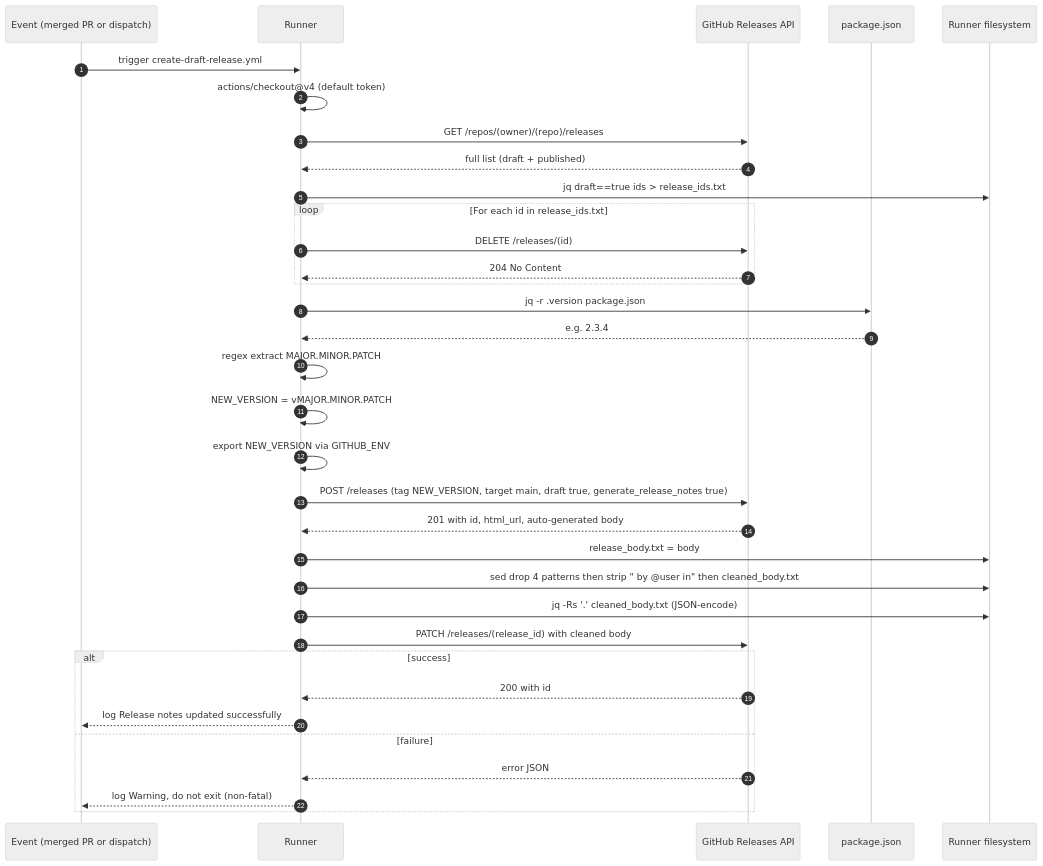
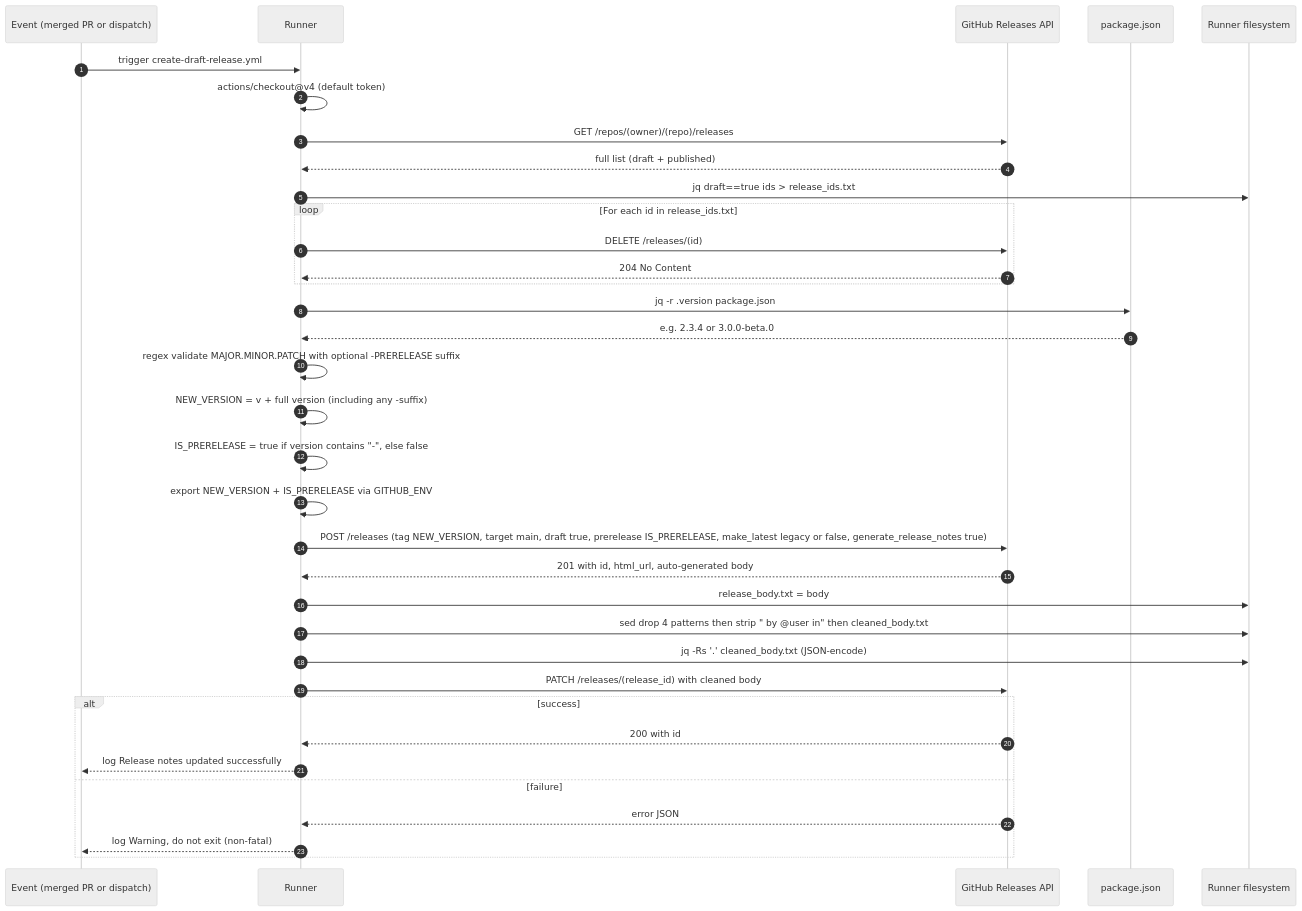
The fourth of 11 diagrams in .github/docs/CREATE_DRAFT_RELEASE_DEEP_DIVE.md (gregreindel/llm-exe), drawn with Mermaid (neutral theme) before and after one commit. The commit also changed other lines of this file and 5 other files, not shown here.

````diff
--- a/.github/docs/CREATE_DRAFT_RELEASE_DEEP_DIVE.md
+++ b/.github/docs/CREATE_DRAFT_RELEASE_DEEP_DIVE.md
@@ -172,37 +172,38 @@
 ```mermaid
 sequenceDiagram
     autonumber
     participant E as Event (merged PR or dispatch)
     participant R as Runner
     participant API as GitHub Releases API
     participant PKG as package.json
     participant FS as Runner filesystem
 
     E->>R: trigger create-draft-release.yml
     R->>R: actions/checkout@v4 (default token)
     R->>API: GET /repos/(owner)/(repo)/releases
     API-->>R: full list (draft + published)
     R->>FS: jq draft==true ids > release_ids.txt
     loop For each id in release_ids.txt
         R->>API: DELETE /releases/(id)
         API-->>R: 204 No Content
     end
     R->>PKG: jq -r .version package.json
-    PKG-->>R: e.g. 2.3.4
-    R->>R: regex extract MAJOR.MINOR.PATCH
-    R->>R: NEW_VERSION = vMAJOR.MINOR.PATCH
-    R->>R: export NEW_VERSION via GITHUB_ENV
-    R->>API: POST /releases (tag NEW_VERSION, target main, draft true, generate_release_notes true)
+    PKG-->>R: e.g. 2.3.4 or 3.0.0-beta.0
+    R->>R: regex validate MAJOR.MINOR.PATCH with optional -PRERELEASE suffix
+    R->>R: NEW_VERSION = v + full version (including any -suffix)
+    R->>R: IS_PRERELEASE = true if version contains "-", else false
+    R->>R: export NEW_VERSION + IS_PRERELEASE via GITHUB_ENV
+    R->>API: POST /releases (tag NEW_VERSION, target main, draft true, prerelease IS_PRERELEASE, make_latest legacy or false, generate_release_notes true)
     API-->>R: 201 with id, html_url, auto-generated body
     R->>FS: release_body.txt = body
     R->>FS: sed drop 4 patterns then strip " by @user in" then cleaned_body.txt
     R->>FS: jq -Rs '.' cleaned_body.txt (JSON-encode)
     R->>API: PATCH /releases/(release_id) with cleaned body
     alt success
         API-->>R: 200 with id
         R-->>E: log Release notes updated successfully
     else failure
         API-->>R: error JSON
         R-->>E: log Warning, do not exit (non-fatal)
     end
 ```
````
